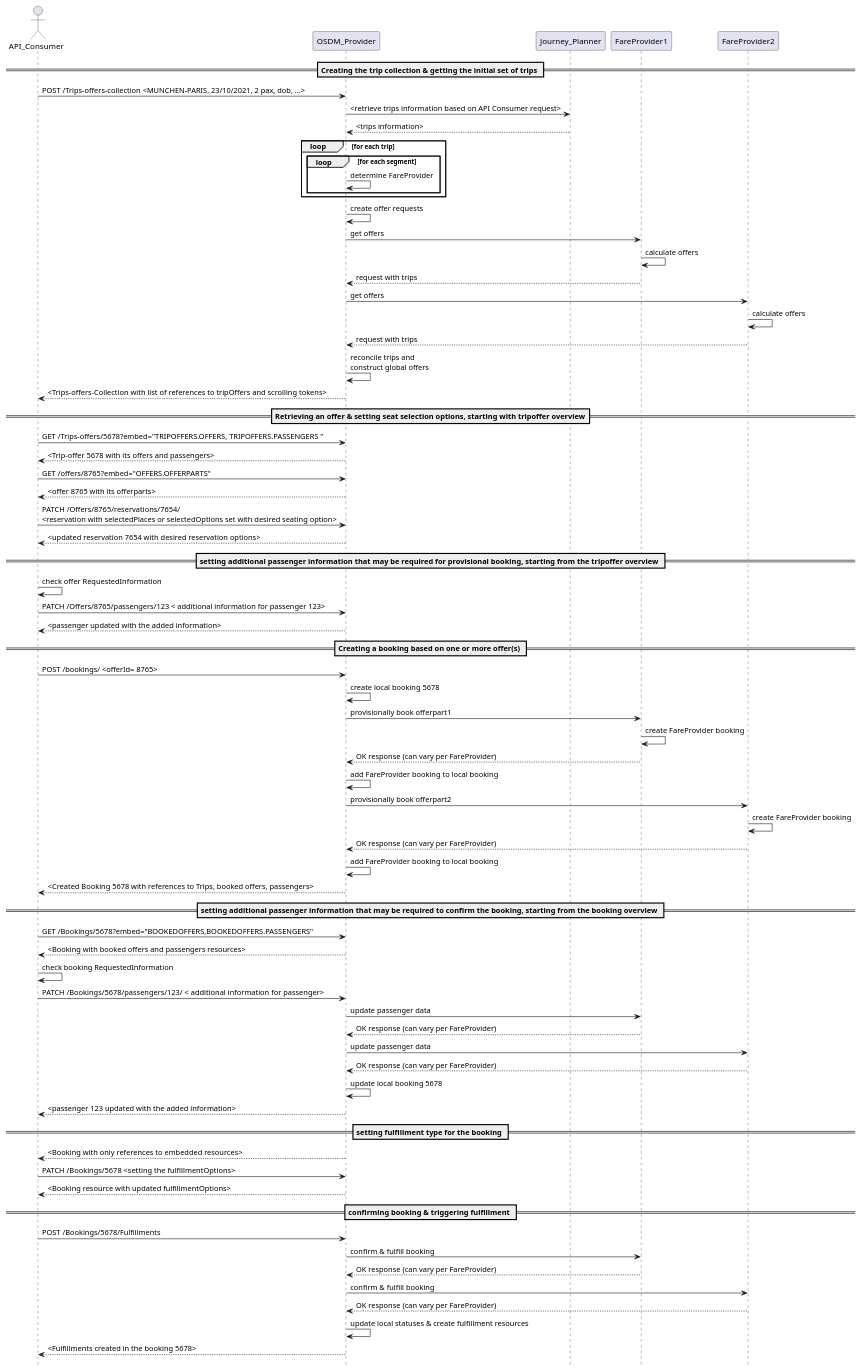
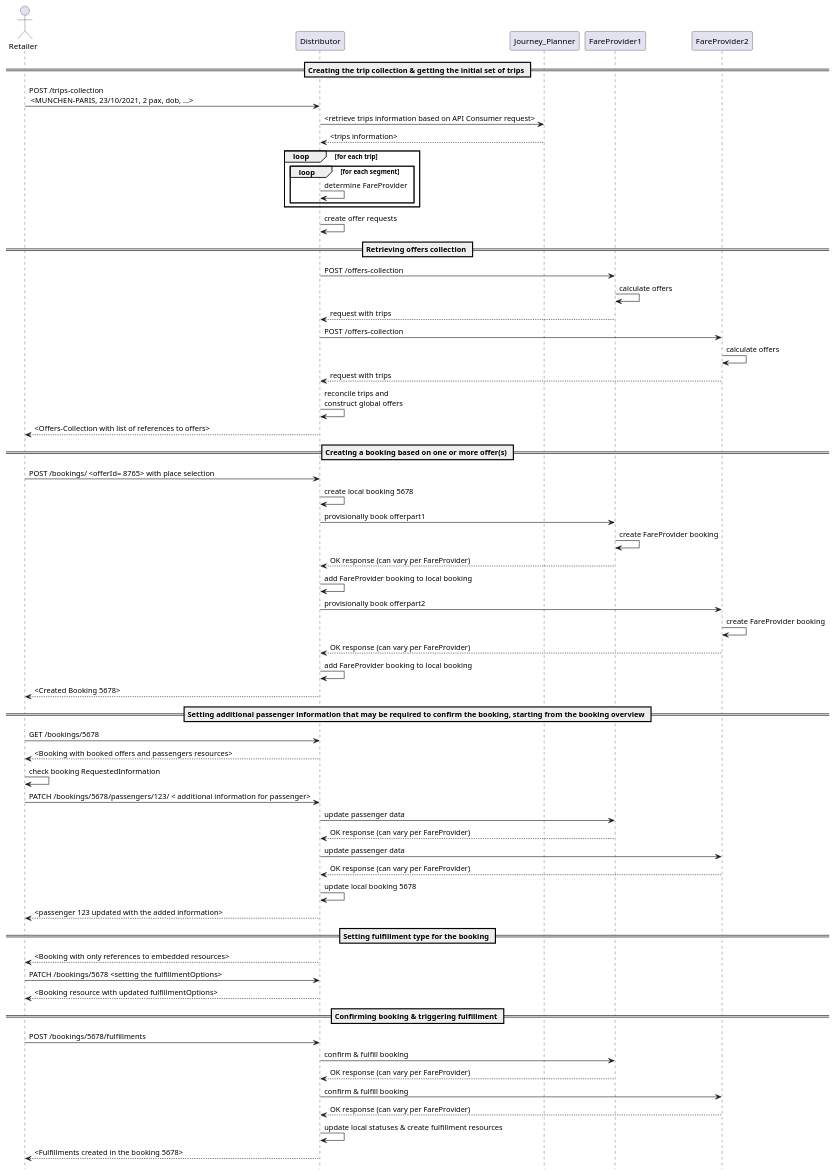
One commit to UnionInternationalCheminsdeFer/OSDM changed the diagram in images/processes/seq-end-to-end-interaction.puml. Above: the diagram before and after it, drawn with PlantUML. The commit also changed 71 other files, not shown here.

```diff
--- a/images/processes/seq-end-to-end-interaction.puml
+++ b/images/processes/seq-end-to-end-interaction.puml
@@ -1,75 +1,65 @@
 
 hide footbox
 
-actor API_Consumer 
+actor Retailer 
 
 == Creating the trip collection & getting the initial set of trips ==
-API_Consumer -> OSDM_Provider: POST /Trips-offers-collection <MUNCHEN-PARIS, 23/10/2021, 2 pax, dob, ...>
-OSDM_Provider -> Journey_Planner : <retrieve trips information based on API Consumer request>
-Journey_Planner --> OSDM_Provider : <trips information>
+Retailer -> Distributor: POST /trips-collection\n <MUNCHEN-PARIS, 23/10/2021, 2 pax, dob, ...>
+Distributor -> Journey_Planner : <retrieve trips information based on API Consumer request>
+Journey_Planner --> Distributor : <trips information>
 loop for each trip    
     loop for each segment
-        OSDM_Provider -> OSDM_Provider: determine FareProvider
+        Distributor -> Distributor: determine FareProvider
     end
 end
-OSDM_Provider -> OSDM_Provider : create offer requests
-OSDM_Provider -> FareProvider1: get offers 
+Distributor -> Distributor : create offer requests
+
+== Retrieving offers collection ==
+
+Distributor -> FareProvider1: POST /offers-collection
 FareProvider1 -> FareProvider1: calculate offers
-FareProvider1 --> OSDM_Provider : request with trips
-OSDM_Provider -> FareProvider2: get offers 
+FareProvider1 --> Distributor : request with trips
+Distributor -> FareProvider2: POST /offers-collection 
 FareProvider2 -> FareProvider2: calculate offers
-FareProvider2 --> OSDM_Provider : request with trips
-OSDM_Provider -> OSDM_Provider : reconcile trips and \nconstruct global offers
-OSDM_Provider --> API_Consumer: <Trips-offers-Collection with list of references to tripOffers and scrolling tokens>
-
-== Retrieving an offer & setting seat selection options, starting with tripoffer overview==
-API_Consumer -> OSDM_Provider: GET /Trips-offers/5678?embed="TRIPOFFERS.OFFERS, TRIPOFFERS.PASSENGERS "
-OSDM_Provider --> API_Consumer: <Trip-offer 5678 with its offers and passengers>
-API_Consumer -> OSDM_Provider: GET /offers/8765?embed="OFFERS.OFFERPARTS"
-OSDM_Provider --> API_Consumer: <offer 8765 with its offerparts>
-API_Consumer -> OSDM_Provider: PATCH /Offers/8765/reservations/7654/ \n<reservation with selectedPlaces or selectedOptions set with desired seating option>
-OSDM_Provider --> API_Consumer: <updated reservation 7654 with desired reservation options>
-
-== setting additional passenger information that may be required for provisional booking, starting from the tripoffer overview ==
-API_Consumer -> API_Consumer: check offer RequestedInformation
-API_Consumer -> OSDM_Provider: PATCH /Offers/8765/passengers/123 < additional information for passenger 123>
-OSDM_Provider --> API_Consumer: <passenger updated with the added information>
+FareProvider2 --> Distributor : request with trips
+Distributor -> Distributor : reconcile trips and \nconstruct global offers
+Distributor --> Retailer: <Offers-Collection with list of references to offers>
 
 == Creating a booking based on one or more offer(s) ==
-API_Consumer -> OSDM_Provider: POST /bookings/ <offerId= 8765>
-OSDM_Provider -> OSDM_Provider : create local booking 5678
-OSDM_Provider -> FareProvider1: provisionally book offerpart1 
+Retailer -> Distributor: POST /bookings/ <offerId= 8765> with place selection
+Distributor -> Distributor : create local booking 5678
+Distributor -> FareProvider1: provisionally book offerpart1 
 FareProvider1 -> FareProvider1: create FareProvider booking
-FareProvider1 --> OSDM_Provider : OK response (can vary per FareProvider)
-OSDM_Provider -> OSDM_Provider : add FareProvider booking to local booking
-OSDM_Provider -> FareProvider2: provisionally book offerpart2 
+FareProvider1 --> Distributor : OK response (can vary per FareProvider)
+Distributor -> Distributor : add FareProvider booking to local booking
+Distributor -> FareProvider2: provisionally book offerpart2 
 FareProvider2 -> FareProvider2: create FareProvider booking
-FareProvider2 --> OSDM_Provider : OK response (can vary per FareProvider)
-OSDM_Provider -> OSDM_Provider : add FareProvider booking to local booking
-OSDM_Provider --> API_Consumer: <Created Booking 5678 with references to Trips, booked offers, passengers>
+FareProvider2 --> Distributor : OK response (can vary per FareProvider)
+Distributor -> Distributor : add FareProvider booking to local booking
+Distributor --> Retailer: <Created Booking 5678>
 
-== setting additional passenger information that may be required to confirm the booking, starting from the booking overview ==
-API_Consumer -> OSDM_Provider: GET /Bookings/5678?embed="BOOKEDOFFERS,BOOKEDOFFERS.PASSENGERS"
-OSDM_Provider --> API_Consumer: <Booking with booked offers and passengers resources>
-API_Consumer -> API_Consumer: check booking RequestedInformation
-API_Consumer -> OSDM_Provider: PATCH /Bookings/5678/passengers/123/ < additional information for passenger>
-OSDM_Provider -> FareProvider1: update passenger data 
-FareProvider1 --> OSDM_Provider : OK response (can vary per FareProvider)
-OSDM_Provider -> FareProvider2: update passenger data 
-FareProvider2 --> OSDM_Provider : OK response (can vary per FareProvider)
-OSDM_Provider -> OSDM_Provider : update local booking 5678
-OSDM_Provider --> API_Consumer: <passenger 123 updated with the added information>
+== Setting additional passenger information that may be required to confirm the booking, starting from the booking overview ==
+Retailer -> Distributor: GET /bookings/5678
+Distributor --> Retailer: <Booking with booked offers and passengers resources>
+Retailer -> Retailer: check booking RequestedInformation
+Retailer -> Distributor: PATCH /bookings/5678/passengers/123/ < additional information for passenger>
+Distributor -> FareProvider1: update passenger data 
+FareProvider1 --> Distributor : OK response (can vary per FareProvider)
+Distributor -> FareProvider2: update passenger data 
+FareProvider2 --> Distributor : OK response (can vary per FareProvider)
+Distributor -> Distributor : update local booking 5678
+Distributor --> Retailer: <passenger 123 updated with the added information>
 
-== setting fulfillment type for the booking ==
-OSDM_Provider --> API_Consumer: <Booking with only references to embedded resources>
-API_Consumer -> OSDM_Provider: PATCH /Bookings/5678 <setting the fulfillmentOptions>
-OSDM_Provider --> API_Consumer: <Booking resource with updated fulfillmentOptions>
+== Setting fulfillment type for the booking ==
+Distributor --> Retailer: <Booking with only references to embedded resources>
+Retailer -> Distributor: PATCH /bookings/5678 <setting the fulfillmentOptions>
+Distributor --> Retailer: <Booking resource with updated fulfillmentOptions>
 
-== confirming booking & triggering fulfillment ==
-API_Consumer -> OSDM_Provider: POST /Bookings/5678/Fulfillments
-OSDM_Provider -> FareProvider1: confirm & fulfill booking 
-FareProvider1 --> OSDM_Provider : OK response (can vary per FareProvider)
-OSDM_Provider -> FareProvider2: confirm & fulfill booking 
-FareProvider2 --> OSDM_Provider : OK response (can vary per FareProvider)
-OSDM_Provider -> OSDM_Provider: update local statuses & create fulfillment resources
-OSDM_Provider --> API_Consumer: <Fulfillments created in the booking 5678>
+== Confirming booking & triggering fulfillment ==
+Retailer -> Distributor: POST /bookings/5678/fulfillments
+Distributor -> FareProvider1: confirm & fulfill booking 
+FareProvider1 --> Distributor : OK response (can vary per FareProvider)
+Distributor -> FareProvider2: confirm & fulfill booking 
+FareProvider2 --> Distributor : OK response (can vary per FareProvider)
+Distributor -> Distributor: update local statuses & create fulfillment resources
+Distributor --> Retailer: <Fulfillments created in the booking 5678>
```
